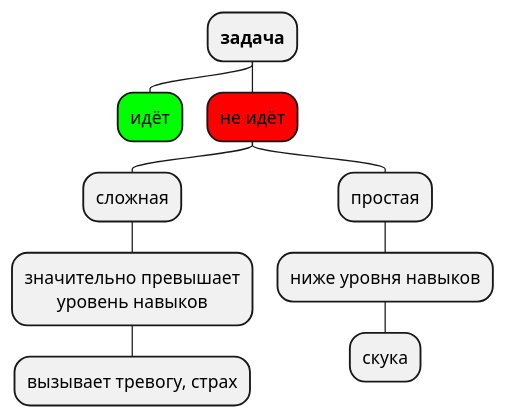
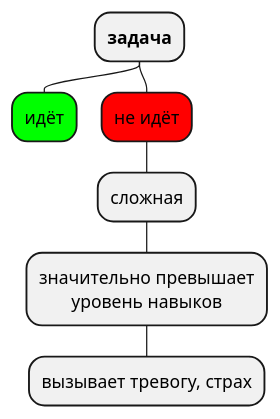
One commit to nataguseva/PRO_IT_FEST_2024 changed the diagram in src/slide_1.puml. Above: the diagram before and after it, drawn with PlantUML. The commit also changed 2 other files, not shown here.

```diff
--- a/src/slide_1.puml
+++ b/src/slide_1.puml
@@ -1,16 +1,16 @@
 @startmindmap
 'https://plantuml.com/mindmap-diagram
 top to bottom direction
 skinparam wrapWidth 200
 skinparam defaulttextalignment center
 * **задача**
 **[#lime] идёт
 **[#red] не идёт
 *** сложная
 **** значительно превышает уровень навыков
 ***** вызывает тревогу, страх
-*** простая
-**** ниже уровня навыков
-***** скука
+'*** простая
+'**** ниже уровня навыков
+'***** скука
 
 @endmindmap
```
